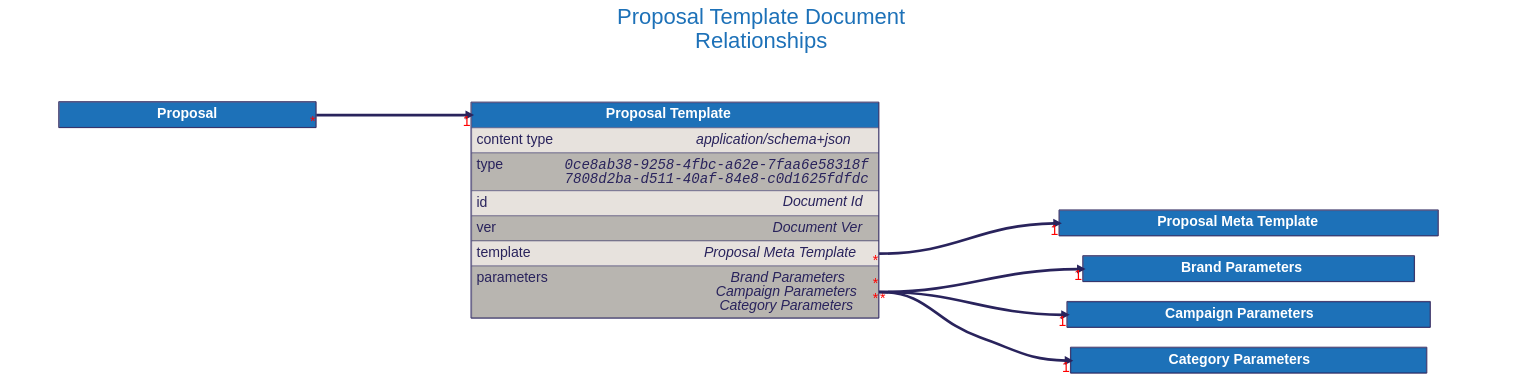
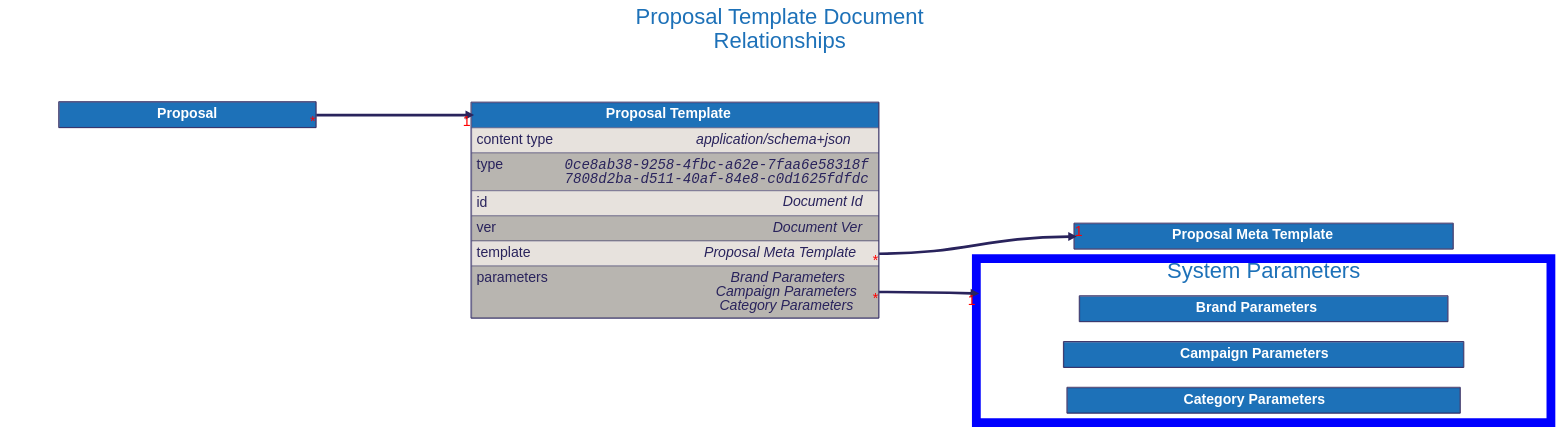
Before and after one commit to input-output-hk/catalyst-libs: the diagram in docs/src/architecture/08_concepts/signed_doc/diagrams/proposal_template.dot, drawn with Graphviz. The commit also changed 17 other files, not shown here.

Commit message:
feat(docs): Add document clusters to help with autogenerated diagrams.

```diff
--- a/docs/src/architecture/08_concepts/signed_doc/diagrams/proposal_template.dot
+++ b/docs/src/architecture/08_concepts/signed_doc/diagrams/proposal_template.dot
@@ -1,169 +1,175 @@
 digraph "Proposal Template" {
     rankdir="LR"
-        graph [fontname="helvetica", fontsize="32", fontcolor="#29235c", bgcolor="white"];
-        node [penwidth="0", margin="0", fontname="helvetica", fontsize="32", fontcolor="#29235c"];
-        edge [fontname="helvetica", fontsize="32", fontcolor="red", color="#29235c"];
+    graph [fontname="helvetica", fontsize="32", fontcolor="#29235c", bgcolor="white"];
+    node [penwidth="0", margin="0", fontname="helvetica", fontsize="32", fontcolor="#29235c"];
+    edge [fontname="helvetica", fontsize="32", fontcolor="red", color="#29235c"];
 
     labelloc="t"
     label="Proposal Template Document
 Relationships"
     fontcolor="#1d71b8"
     fontsize=50
+    compound=true
+
 
 
     "Proposal Meta Template" [
         id="Proposal Meta Template";
         label=<
             <TABLE BORDER="2" COLOR="#29235c" CELLBORDER="1" CELLSPACING="0" CELLPADDING="10">
             <TR>
                 <TD PORT="title" BGCOLOR="#1d71b8" HREF="../proposal_meta_template/">
                     <FONT COLOR="#ffffff"><B> Proposal Meta Template </B></FONT>
-                </TD>
-            </TR>
-
-            </TABLE>
-        >
-    ];
-
-
-    "Brand Parameters" [
-        id="Brand Parameters";
-        label=<
-            <TABLE BORDER="2" COLOR="#29235c" CELLBORDER="1" CELLSPACING="0" CELLPADDING="10">
-            <TR>
-                <TD PORT="title" BGCOLOR="#1d71b8" HREF="../brand_parameters/">
-                    <FONT COLOR="#ffffff"><B> Brand Parameters </B></FONT>
-                </TD>
-            </TR>
-
-            </TABLE>
-        >
-    ];
-
-
-    "Campaign Parameters" [
-        id="Campaign Parameters";
-        label=<
-            <TABLE BORDER="2" COLOR="#29235c" CELLBORDER="1" CELLSPACING="0" CELLPADDING="10">
-            <TR>
-                <TD PORT="title" BGCOLOR="#1d71b8" HREF="../campaign_parameters/">
-                    <FONT COLOR="#ffffff"><B> Campaign Parameters </B></FONT>
-                </TD>
-            </TR>
-
-            </TABLE>
-        >
-    ];
-
-
-    "Category Parameters" [
-        id="Category Parameters";
-        label=<
-            <TABLE BORDER="2" COLOR="#29235c" CELLBORDER="1" CELLSPACING="0" CELLPADDING="10">
-            <TR>
-                <TD PORT="title" BGCOLOR="#1d71b8" HREF="../category_parameters/">
-                    <FONT COLOR="#ffffff"><B> Category Parameters </B></FONT>
                 </TD>
             </TR>
 
             </TABLE>
         >
     ];
 
 
     "Proposal Template" [
         id="Proposal Template";
         label=<
             <TABLE BORDER="2" COLOR="#29235c" CELLBORDER="1" CELLSPACING="0" CELLPADDING="10">
             <TR>
                 <TD PORT="title" BGCOLOR="#1d71b8" HREF="../proposal_template/">
                     <FONT COLOR="#ffffff"><B> Proposal Template </B></FONT>
                 </TD>
             </TR>
             <TR>
                 <TD ALIGN="LEFT" PORT="content type" BGCOLOR="#e7e2dd">
                     <TABLE CELLPADDING="0" CELLSPACING="0" BORDER="0">
                         <TR>
                             <TD ALIGN="LEFT" VALIGN="TOP" WIDTH="200"><FONT>content type</FONT></TD>
                             <TD ALIGN="RIGHT"><FONT><I>application/schema+json</I></FONT></TD>
                         </TR>
                     </TABLE>
                 </TD>
             </TR>
             <TR>
                 <TD ALIGN="LEFT" PORT="type" BGCOLOR="#b8b5b0">
                     <TABLE CELLPADDING="0" CELLSPACING="0" BORDER="0">
                         <TR>
                             <TD ALIGN="LEFT" VALIGN="TOP" WIDTH="200"><FONT>type</FONT></TD>
                             <TD ALIGN="RIGHT"><FONT FACE="Courier"><I>0ce8ab38-9258-4fbc-a62e-7faa6e58318f<BR />7808d2ba-d511-40af-84e8-c0d1625fdfdc</I></FONT></TD>
                         </TR>
                     </TABLE>
                 </TD>
             </TR>
             <TR>
                 <TD ALIGN="LEFT" PORT="id" BGCOLOR="#e7e2dd">
                     <TABLE CELLPADDING="0" CELLSPACING="0" BORDER="0">
                         <TR>
                             <TD ALIGN="LEFT" VALIGN="TOP" WIDTH="200"><FONT>id</FONT></TD>
                             <TD ALIGN="RIGHT"><FONT><I>Document Id</I></FONT></TD>
                         </TR>
                     </TABLE>
                 </TD>
             </TR>
             <TR>
                 <TD ALIGN="LEFT" PORT="ver" BGCOLOR="#b8b5b0">
                     <TABLE CELLPADDING="0" CELLSPACING="0" BORDER="0">
                         <TR>
                             <TD ALIGN="LEFT" VALIGN="TOP" WIDTH="200"><FONT>ver</FONT></TD>
                             <TD ALIGN="RIGHT"><FONT><I>Document Ver</I></FONT></TD>
                         </TR>
                     </TABLE>
                 </TD>
             </TR>
             <TR>
                 <TD ALIGN="LEFT" PORT="template" BGCOLOR="#e7e2dd">
                     <TABLE CELLPADDING="0" CELLSPACING="0" BORDER="0">
                         <TR>
                             <TD ALIGN="LEFT" VALIGN="TOP" WIDTH="200"><FONT>template</FONT></TD>
                             <TD ALIGN="RIGHT"><FONT><I>Proposal Meta Template</I></FONT></TD>
                         </TR>
                     </TABLE>
                 </TD>
             </TR>
             <TR>
                 <TD ALIGN="LEFT" PORT="parameters" BGCOLOR="#b8b5b0">
                     <TABLE CELLPADDING="0" CELLSPACING="0" BORDER="0">
                         <TR>
                             <TD ALIGN="LEFT" VALIGN="TOP" WIDTH="200"><FONT>parameters</FONT></TD>
                             <TD ALIGN="RIGHT"><FONT><I>Brand Parameters<BR />Campaign Parameters<BR />Category Parameters</I></FONT></TD>
                         </TR>
                     </TABLE>
                 </TD>
             </TR>
 
             </TABLE>
         >
     ];
 
 
     "Proposal" [
         id="Proposal";
         label=<
             <TABLE BORDER="2" COLOR="#29235c" CELLBORDER="1" CELLSPACING="0" CELLPADDING="10">
             <TR>
-                <TD PORT="title" BGCOLOR="#1d71b8" HREF="../proposal/">
+                <TD PORT="title" BGCOLOR="#1d71b8" HREF="../proposal_template/">
                     <FONT COLOR="#ffffff"><B> Proposal </B></FONT>
                 </TD>
             </TR>
 
             </TABLE>
         >
     ];
 
 
+    subgraph cluster_system_parameters {
+        label = "System Parameters";
+        color=blue
+        penwidth=20
+
+        "Brand Parameters" [
+            id="Brand Parameters";
+            label=<
+                <TABLE BORDER="2" COLOR="#29235c" CELLBORDER="1" CELLSPACING="0" CELLPADDING="10">
+                <TR>
+                    <TD PORT="title" BGCOLOR="#1d71b8" HREF="../brand_parameters/">
+                        <FONT COLOR="#ffffff"><B> Brand Parameters </B></FONT>
+                    </TD>
+                </TR>
+
+                </TABLE>
+            >
+        ];
+
+
+        "Campaign Parameters" [
+            id="Campaign Parameters";
+            label=<
+                <TABLE BORDER="2" COLOR="#29235c" CELLBORDER="1" CELLSPACING="0" CELLPADDING="10">
+                <TR>
+                    <TD PORT="title" BGCOLOR="#1d71b8" HREF="../campaign_parameters/">
+                        <FONT COLOR="#ffffff"><B> Campaign Parameters </B></FONT>
+                    </TD>
+                </TR>
+
+                </TABLE>
+            >
+        ];
+
+
+        "Category Parameters" [
+            id="Category Parameters";
+            label=<
+                <TABLE BORDER="2" COLOR="#29235c" CELLBORDER="1" CELLSPACING="0" CELLPADDING="10">
+                <TR>
+                    <TD PORT="title" BGCOLOR="#1d71b8" HREF="../category_parameters/">
+                        <FONT COLOR="#ffffff"><B> Category Parameters </B></FONT>
+                    </TD>
+                </TR>
+
+                </TABLE>
+            >
+        ];
+
+    }
+
     "Proposal Template":"template":e -> "Proposal Meta Template":"title":w [dir=forward, penwidth=6, color="#29235c", headlabel="1", taillabel="*"]
-    "Proposal Template":"parameters":e -> "Brand Parameters":"title":w [dir=forward, penwidth=6, color="#29235c", headlabel="1", taillabel="*"]
-    "Proposal Template":"parameters":e -> "Campaign Parameters":"title":w [dir=forward, penwidth=6, color="#29235c", headlabel="1", taillabel="*"]
-    "Proposal Template":"parameters":e -> "Category Parameters":"title":w [dir=forward, penwidth=6, color="#29235c", headlabel="1", taillabel="*"]
+    "Proposal Template":"parameters":e -> "Brand Parameters" [dir=forward, penwidth=6, color="#29235c", headlabel="1", taillabel="*", lhead="cluster_system_parameters"]
     "Proposal":"title":e -> "Proposal Template":"title":w [dir=forward, penwidth=6, color="#29235c", headlabel="1", taillabel="*"]
 }
```
